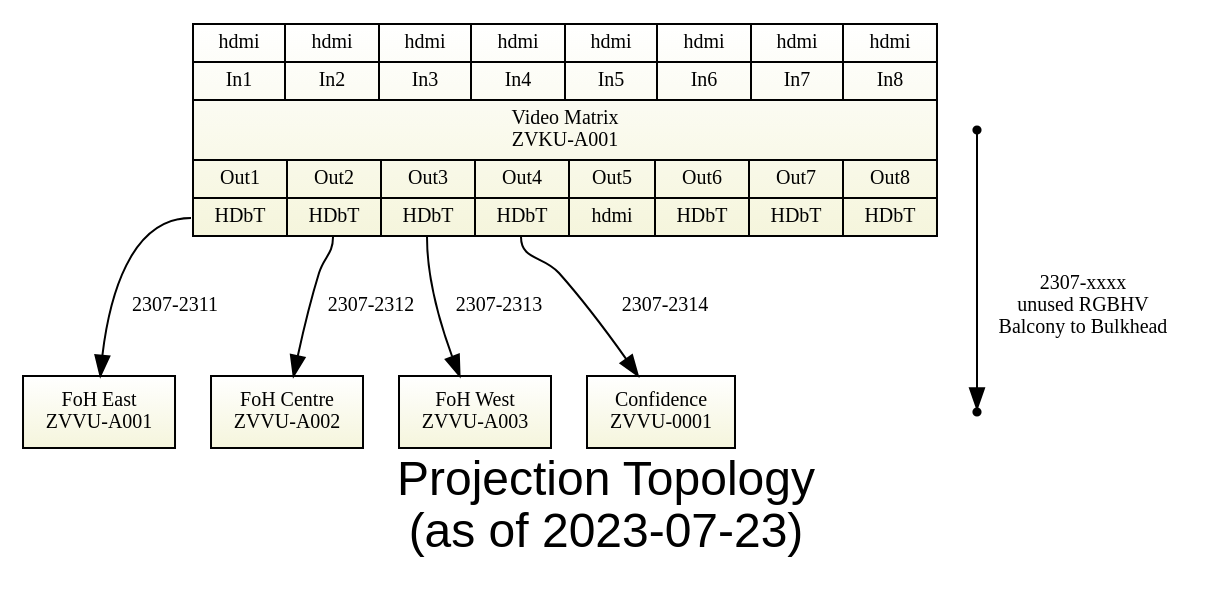
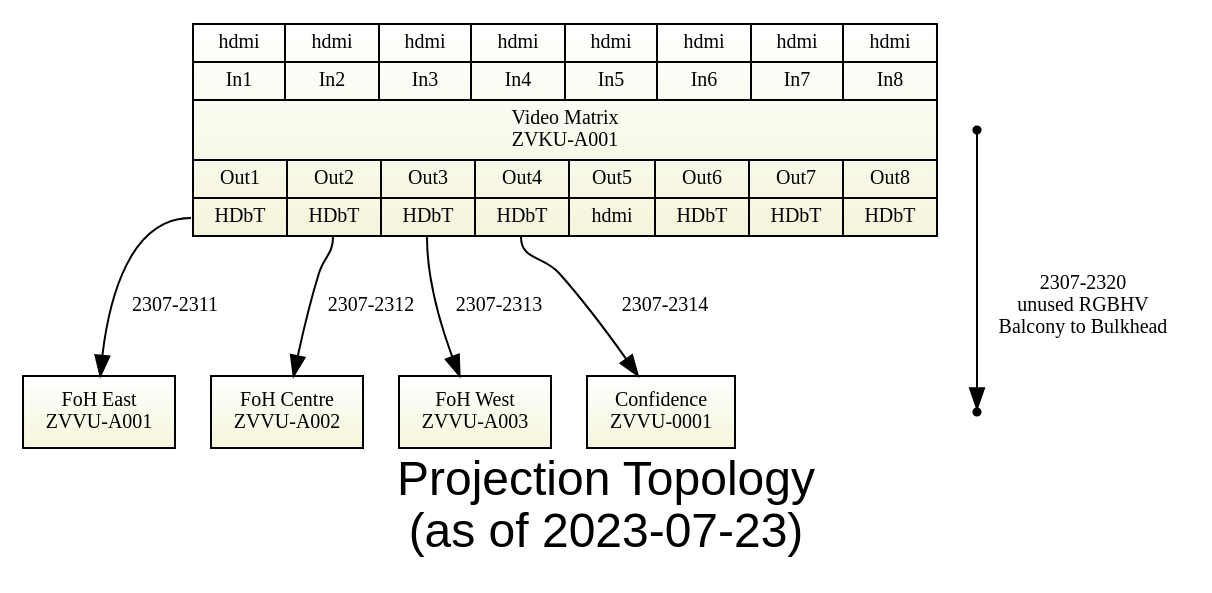
Before and after one commit to avmaint/uactechdoc: the diagram in sdv-topology2-projection.gv, drawn with Graphviz. The commit also changed 2 other files, not shown here.

Commit message:
Updates nursery and RGBHV cables

```diff
--- a/sdv-topology2-projection.gv
+++ b/sdv-topology2-projection.gv
@@ -1,30 +1,30 @@
 digraph projectiontopology { 
 graph [overlap = true, fontsize = 24, 
       label="Projection Topology\n(as of 2023-07-23)",
       fontname = Helvetica]
     
 node [shape=record, style=filled , fillcolor="white:beige",fontsize = 10,  
       gradientangle=270]
 zvkua001 [label="{
   {{<i1>hdmi|In1}|{<i2>hdmi|In2}|{<i3>hdmi|In3}|{<i4>hdmi|In4}|{<i5>hdmi|In5}|{<i6>hdmi|In6}|{<i7>hdmi|In7}|{<i8>hdmi|In8}}
   |Video Matrix\nZVKU-A001|
   {{Out1|<o1>HDbT}|{Out2|<o2>HDbT}|{Out3|<o3>HDbT}|{Out4|<o4>HDbT}|{Out5|<o5>hdmi}|{Out6|<o6>HDbT}|{Out7|<o7>HDbT}|{Out8|<o8>HDbT} } }"]
   
 node [shape=record, tooltip="" ]
  
 zvvua001 [label="{FoH East\nZVVU-A001}"] 
 zvvua002 [label="{FoH Centre\nZVVU-A002}"]
 zvvua003 [label="{FoH West\nZVVU-A003}"]
 zvvu0001 [label="{Confidence\nZVVU-0001}", tooltip="Rear Projector"]
    
 zvkua001:o1 -> zvvua001 [label="2307-2311" fontsize=10]
 zvkua001:o2 -> zvvua002 [label="2307-2312" fontsize=10]
 zvkua001:o3 -> zvvua003 [label="2307-2313" fontsize=10]
 zvkua001:o4 -> zvvu0001 [label="2307-2314" fontsize=10] 
 
 p1 [shape=point]
 p2 [shape=point]
-p1->p2 [label="2307-xxxx\nunused RGBHV\nBalcony to Bulkhead" fontsize=10]
+p1->p2 [label="2307-2320\nunused RGBHV\nBalcony to Bulkhead" fontsize=10]
   
 {rank=same; zvvua003; zvvua002; zvvua001; zvvu0001;  }
 } 
```
